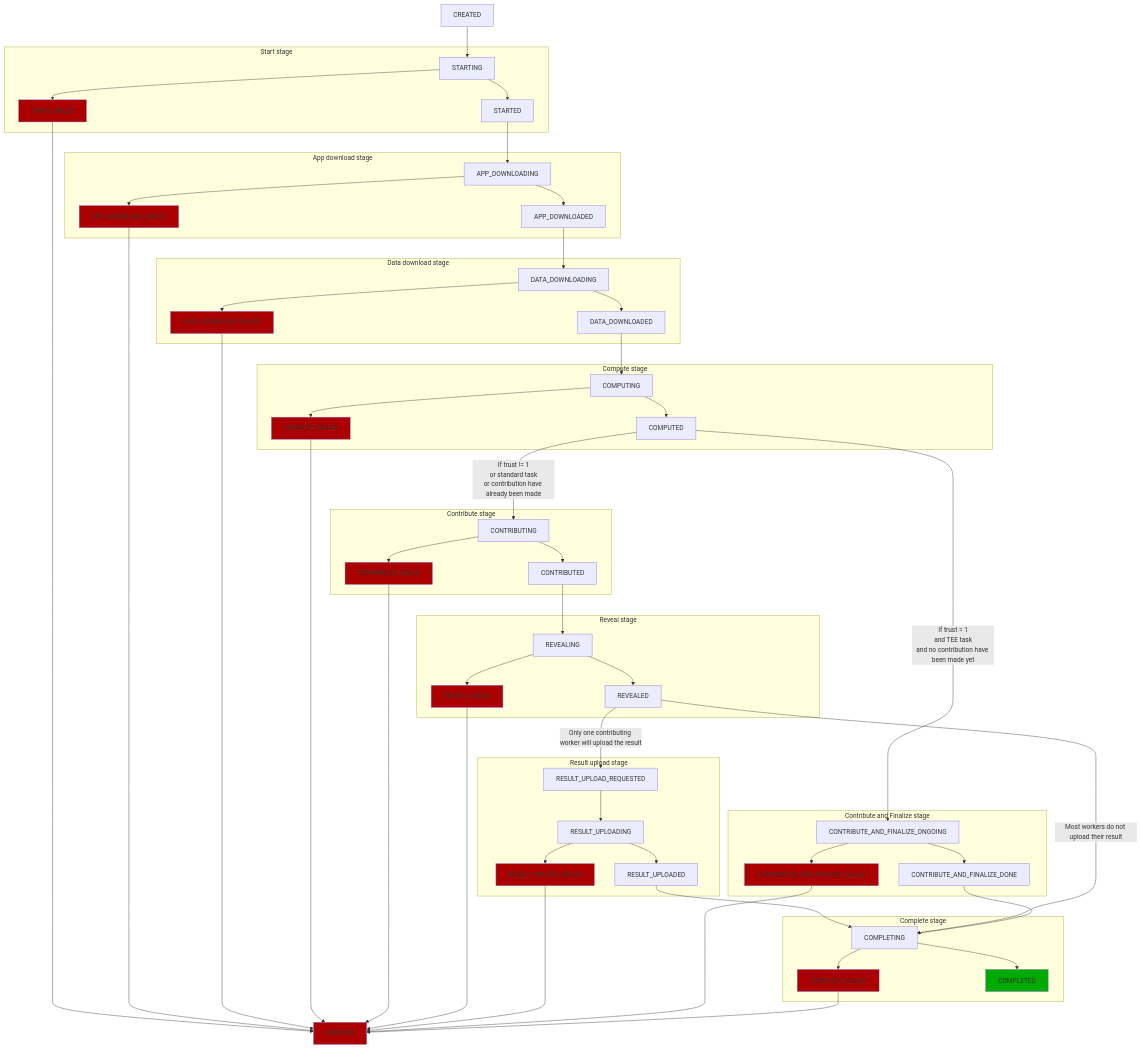
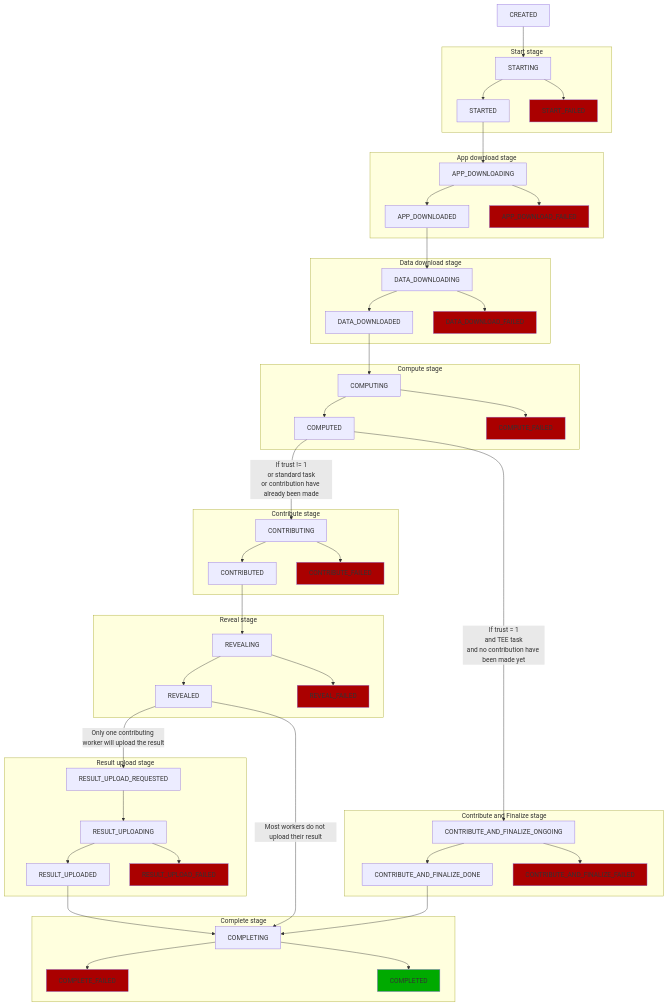
The second of 2 diagrams in for-developers/advanced/task-feedback.md (iExecBlockchainComputing/documentation), drawn with Mermaid before and after one commit. The commit also changed other lines of this file, not shown here.

Commit message:
Remove ABORTED status for simplicity

````diff
--- a/for-developers/advanced/task-feedback.md
+++ b/for-developers/advanced/task-feedback.md
@@ -156,82 +156,72 @@
 ```mermaid
 flowchart
 
 CREATED --> STARTING
 
 subgraph Start stage
     STARTING --> STARTED
     STARTING --> START_FAILED:::failure
 end
 
 subgraph App download stage
     STARTED --> APP_DOWNLOADING
 
     APP_DOWNLOADING --> APP_DOWNLOADED
     APP_DOWNLOADING --> APP_DOWNLOAD_FAILED:::failure
 end
 
 subgraph Data download stage
     APP_DOWNLOADED --> DATA_DOWNLOADING
 
     DATA_DOWNLOADING --> DATA_DOWNLOADED
     DATA_DOWNLOADING --> DATA_DOWNLOAD_FAILED:::failure
 end
 
 subgraph Compute stage
     DATA_DOWNLOADED --> COMPUTING
 
     COMPUTING --> COMPUTED
     COMPUTING --> COMPUTE_FAILED:::failure
 end
 
 subgraph Contribute stage
     COMPUTED -- If trust != 1\nor standard task\nor contribution have already been made --> CONTRIBUTING
 
     CONTRIBUTING --> CONTRIBUTED
     CONTRIBUTING --> CONTRIBUTE_FAILED:::failure
 end
 
 subgraph Reveal stage
     CONTRIBUTED --> REVEALING
 
     REVEALING --> REVEALED
     REVEALING --> REVEAL_FAILED:::failure
 end
 
 subgraph Result upload stage
     REVEALED -- Only one contributing worker will upload the result --> RESULT_UPLOAD_REQUESTED
     RESULT_UPLOAD_REQUESTED --> RESULT_UPLOADING
     RESULT_UPLOADING --> RESULT_UPLOADED
     RESULT_UPLOADING --> RESULT_UPLOAD_FAILED:::failure
 end
 
 subgraph Contribute and Finalize stage
     COMPUTED -- If trust = 1\nand TEE task\nand no contribution have been made yet --> CONTRIBUTE_AND_FINALIZE_ONGOING
 
     CONTRIBUTE_AND_FINALIZE_ONGOING --> CONTRIBUTE_AND_FINALIZE_DONE
     CONTRIBUTE_AND_FINALIZE_ONGOING --> CONTRIBUTE_AND_FINALIZE_FAILED:::failure
 end
 
 subgraph Complete stage
     RESULT_UPLOADED --> COMPLETING
     REVEALED -- Most workers do not upload their result --> COMPLETING
     CONTRIBUTE_AND_FINALIZE_DONE --> COMPLETING
 
     COMPLETING --> COMPLETE_FAILED:::failure
     COMPLETING --> COMPLETED:::completed
 end
 
-START_FAILED --> ABORTED:::failure
-APP_DOWNLOAD_FAILED --> ABORTED
-DATA_DOWNLOAD_FAILED --> ABORTED
-COMPUTE_FAILED --> ABORTED
-CONTRIBUTE_FAILED --> ABORTED
-REVEAL_FAILED --> ABORTED
-RESULT_UPLOAD_FAILED --> ABORTED
-CONTRIBUTE_AND_FINALIZE_FAILED --> ABORTED
-COMPLETE_FAILED --> ABORTED
-
 %% Style definitions
 classDef failure fill:#a00
 classDef completed fill:#0a0
 ```
````
